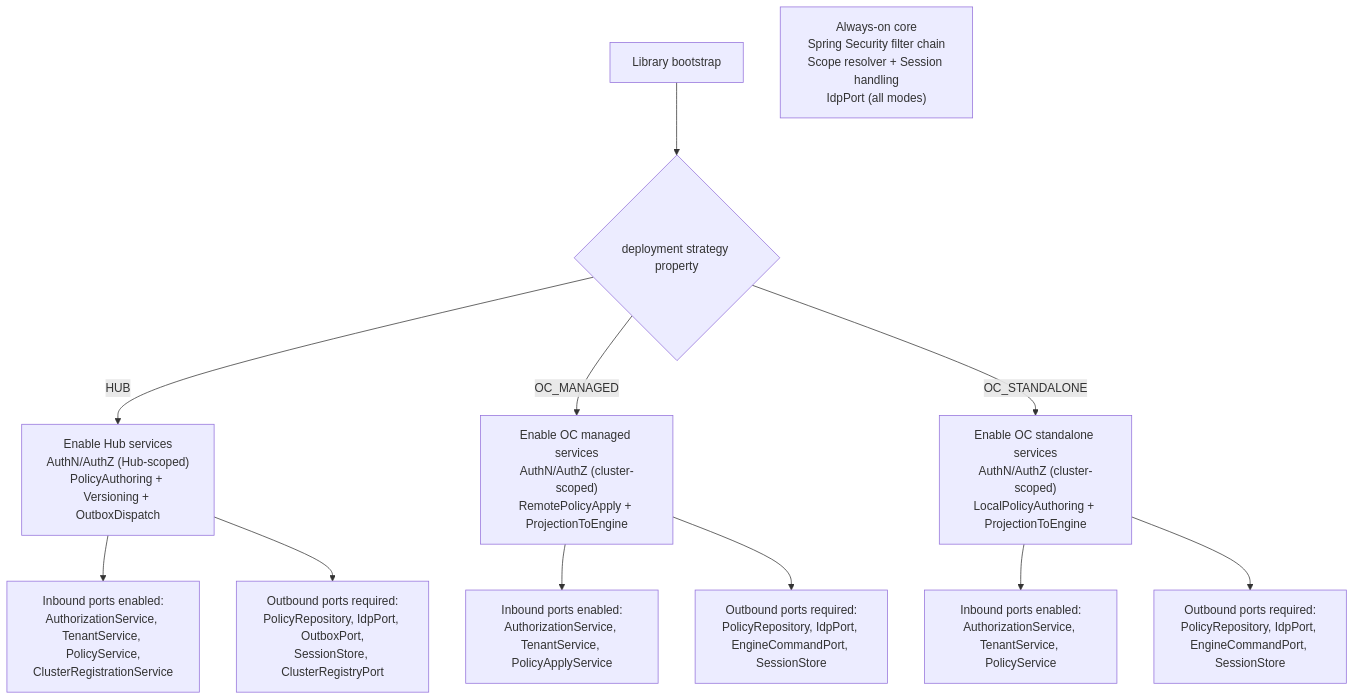
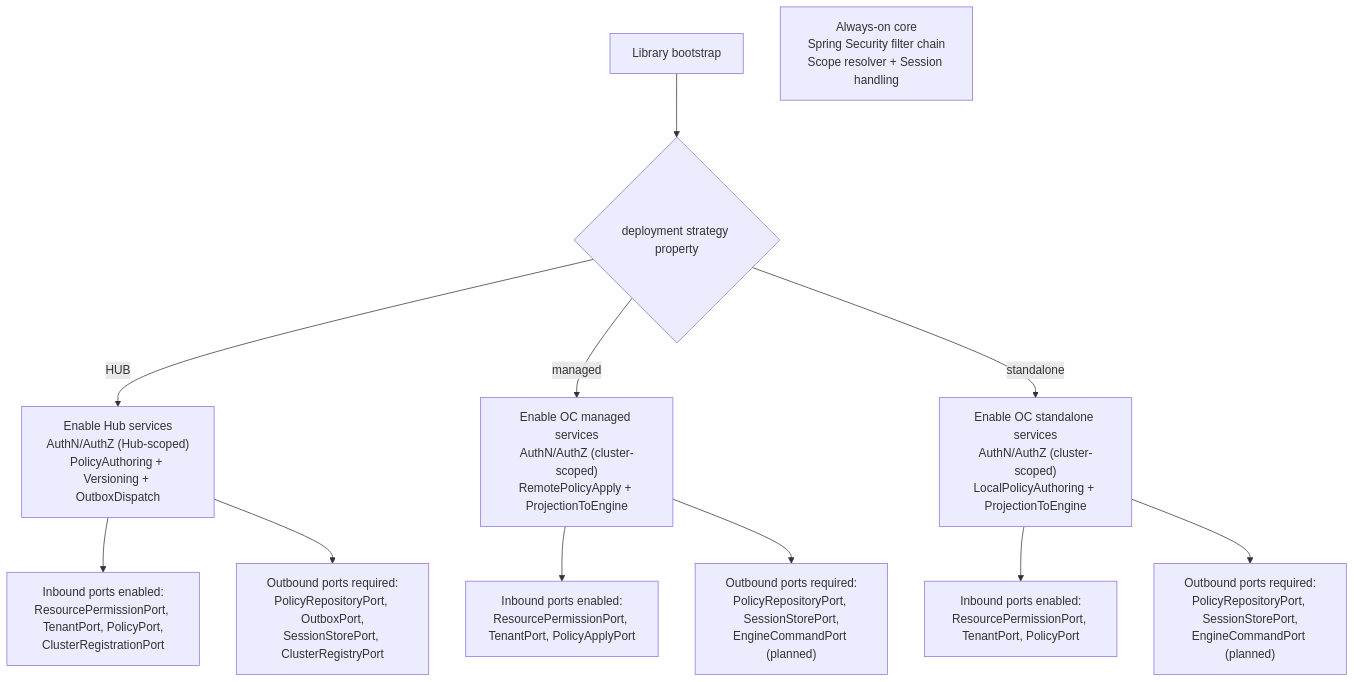
Before and after one commit to camunda/camunda-security-library: the fourth of 8 diagrams in docs/architecture/05-building-block-view.md, drawn with Mermaid. The commit also changed other lines of this file and 15 other files, not shown here.

First line of the commit message:
docs: update arc42 architecture docs to reflect built CSL

````diff
--- a/docs/architecture/05-building-block-view.md
+++ b/docs/architecture/05-building-block-view.md
@@ -499,18 +532,18 @@
 ```mermaid
 flowchart TB
   Start["Library bootstrap"] --> Mode{"deployment strategy property"}
 
   Mode -->|"HUB"| Hub["Enable Hub services<br>AuthN/AuthZ (Hub-scoped)<br>PolicyAuthoring + Versioning + OutboxDispatch"]
-  Mode -->|"OC_MANAGED"| OCM["Enable OC managed services<br>AuthN/AuthZ (cluster-scoped)<br>RemotePolicyApply + ProjectionToEngine"]
-  Mode -->|"OC_STANDALONE"| OCS["Enable OC standalone services<br>AuthN/AuthZ (cluster-scoped)<br>LocalPolicyAuthoring + ProjectionToEngine"]
+  Mode -->|"managed"| OCM["Enable OC managed services<br>AuthN/AuthZ (cluster-scoped)<br>RemotePolicyApply + ProjectionToEngine"]
+  Mode -->|"standalone"| OCS["Enable OC standalone services<br>AuthN/AuthZ (cluster-scoped)<br>LocalPolicyAuthoring + ProjectionToEngine"]
 
-  Core["Always-on core<br>Spring Security filter chain<br>Scope resolver + Session handling<br>IdpPort (all modes)"]
+  Core["Always-on core<br>Spring Security filter chain<br>Scope resolver + Session handling"]
 
-  Hub --> HubIn["Inbound ports enabled:<br>AuthorizationService, TenantService, PolicyService,<br>ClusterRegistrationService"]
-  OCM --> OCMIn["Inbound ports enabled:<br>AuthorizationService, TenantService, PolicyApplyService"]
-  OCS --> OCSPin["Inbound ports enabled:<br>AuthorizationService, TenantService, PolicyService"]
+  Hub --> HubIn["Inbound ports enabled:<br>ResourcePermissionPort, TenantPort, PolicyPort,<br>ClusterRegistrationPort"]
+  OCM --> OCMIn["Inbound ports enabled:<br>ResourcePermissionPort, TenantPort, PolicyApplyPort"]
+  OCS --> OCSPin["Inbound ports enabled:<br>ResourcePermissionPort, TenantPort, PolicyPort"]
 
-  Hub --> HubPorts["Outbound ports required:<br>PolicyRepository, IdpPort, OutboxPort,<br>SessionStore, ClusterRegistryPort"]
-  OCM --> OCMPorts["Outbound ports required:<br>PolicyRepository, IdpPort, EngineCommandPort, SessionStore"]
-  OCS --> OCSPorts["Outbound ports required:<br>PolicyRepository, IdpPort, EngineCommandPort, SessionStore"]
+  Hub --> HubPorts["Outbound ports required:<br>PolicyRepositoryPort, OutboxPort,<br>SessionStorePort, ClusterRegistryPort"]
+  OCM --> OCMPorts["Outbound ports required:<br>PolicyRepositoryPort, SessionStorePort,<br>EngineCommandPort (planned)"]
+  OCS --> OCSPorts["Outbound ports required:<br>PolicyRepositoryPort, SessionStorePort,<br>EngineCommandPort (planned)"]
 ```
````
